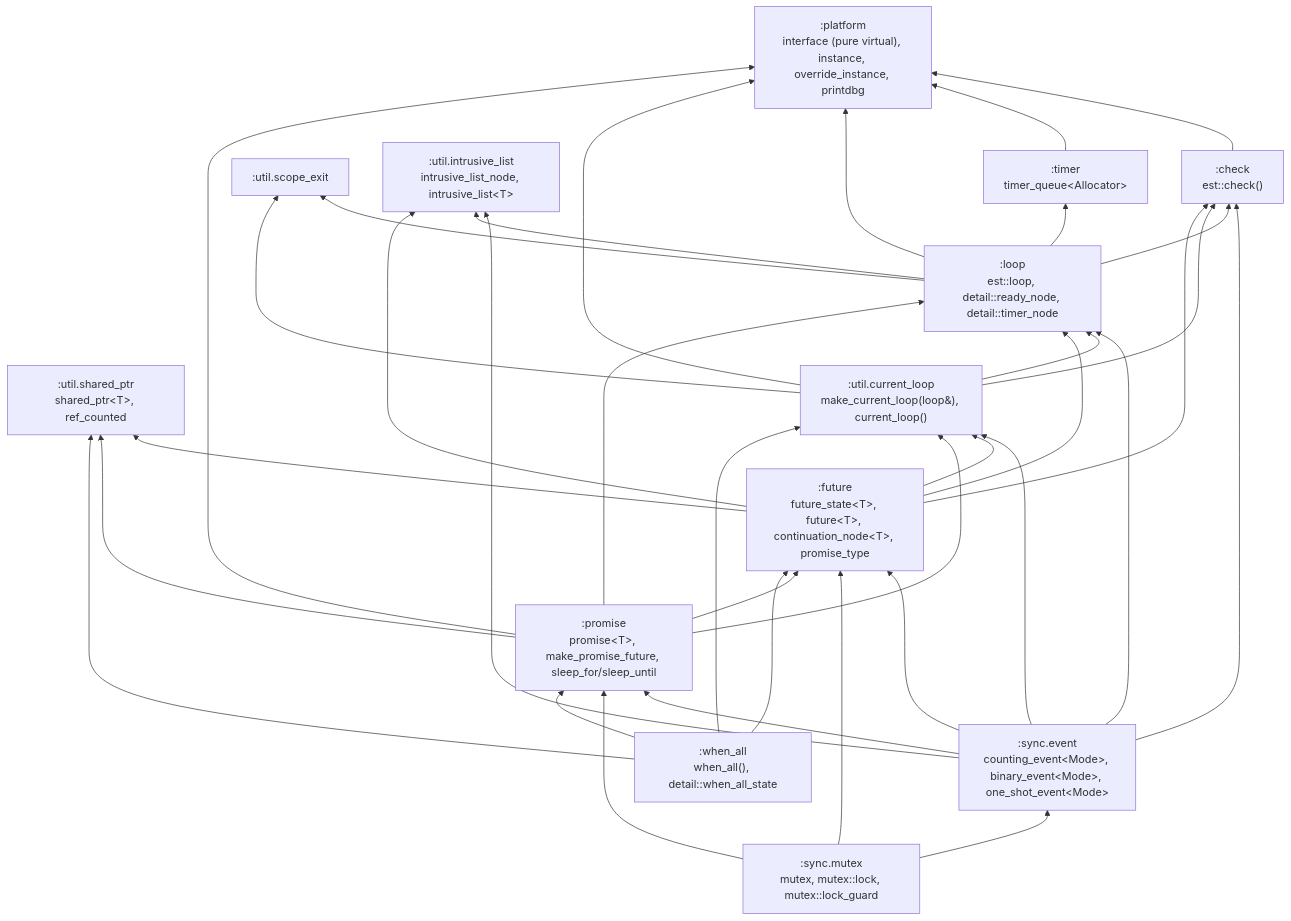
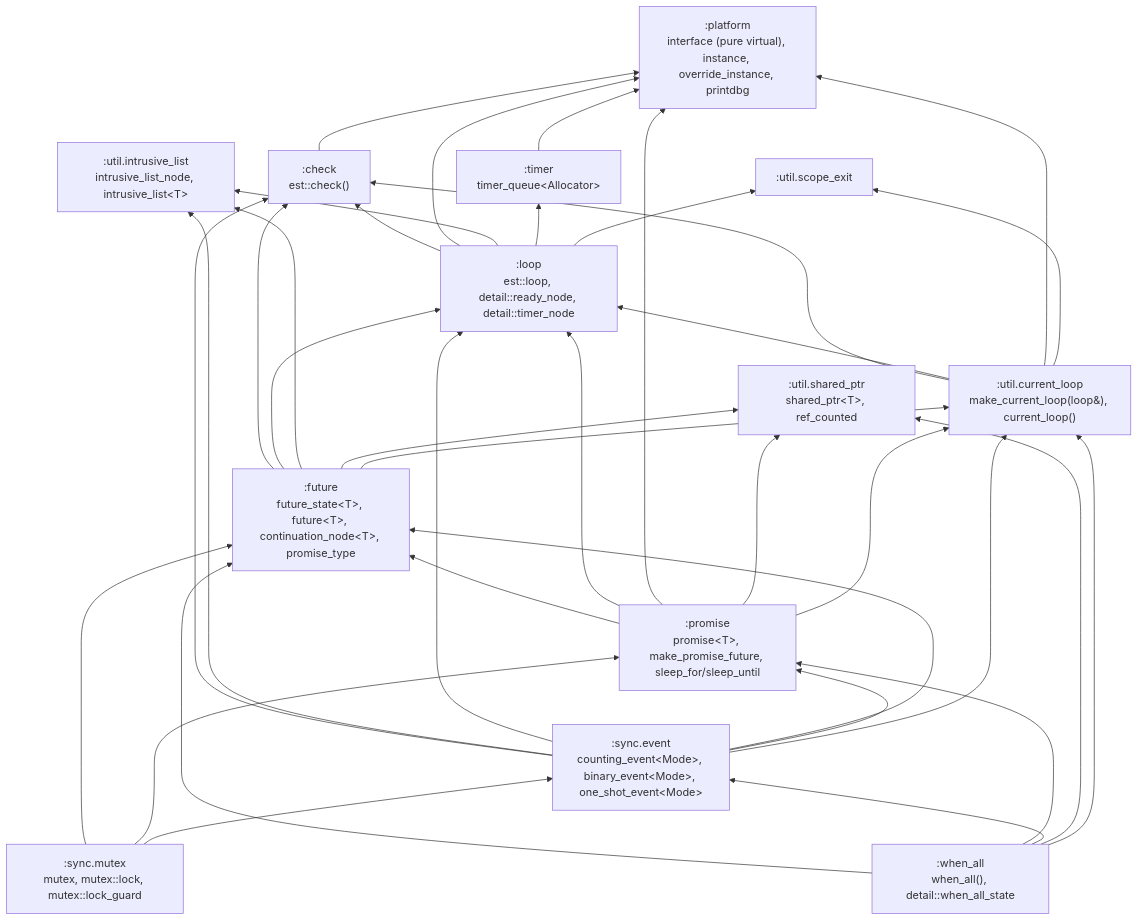
One commit to andijcr/async_experiments changed the first of 2 diagrams in docs/wiki/Architecture.md. Above: the diagram before and after it, drawn with Mermaid. The commit also changed other lines of this file and 4 other files, not shown here.

First line of the commit message:
when_all: use then_fast() + one_shot_event, per review

````diff
--- a/docs/wiki/Architecture.md
+++ b/docs/wiki/Architecture.md
@@ -10,51 +10,52 @@
 ```mermaid
 graph BT
   platform[":platform<br/>interface (pure virtual), instance, override_instance, printdbg"]
   check[":check<br/>est::check()"]
   scope_exit[":util.scope_exit"]
   shared_ptr[":util.shared_ptr<br/>shared_ptr&lt;T&gt;, ref_counted"]
   intrusive_list[":util.intrusive_list<br/>intrusive_list_node, intrusive_list&lt;T&gt;"]
   event[":sync.event<br/>counting_event&lt;Mode&gt;, binary_event&lt;Mode&gt;, one_shot_event&lt;Mode&gt;"]
   mutex[":sync.mutex<br/>mutex, mutex::lock, mutex::lock_guard"]
   timer[":timer<br/>timer_queue&lt;Allocator&gt;"]
   loop[":loop<br/>est::loop, detail::ready_node, detail::timer_node"]
   current_loop[":util.current_loop<br/>make_current_loop(loop&amp;), current_loop()"]
   future[":future<br/>future_state&lt;T&gt;, future&lt;T&gt;, continuation_node&lt;T&gt;, promise_type"]
   promise[":promise<br/>promise&lt;T&gt;, make_promise_future, sleep_for/sleep_until"]
   when_all[":when_all<br/>when_all(), detail::when_all_state"]
 
   check --> platform
   event --> check
   event --> intrusive_list
   event --> loop
   event --> future
   event --> promise
   event --> current_loop
   mutex --> future
   mutex --> promise
   mutex --> event
   timer --> platform
   loop --> check
   loop --> platform
   loop --> intrusive_list
   loop --> timer
   loop --> scope_exit
   current_loop --> check
   current_loop --> loop
   current_loop --> platform
   current_loop --> scope_exit
   future --> check
   future --> loop
   future --> intrusive_list
   future --> shared_ptr
   future --> current_loop
   promise --> future
   promise --> loop
   promise --> platform
   promise --> shared_ptr
   promise --> current_loop
   when_all --> future
   when_all --> promise
+  when_all --> event
   when_all --> shared_ptr
   when_all --> current_loop
 ```
````
